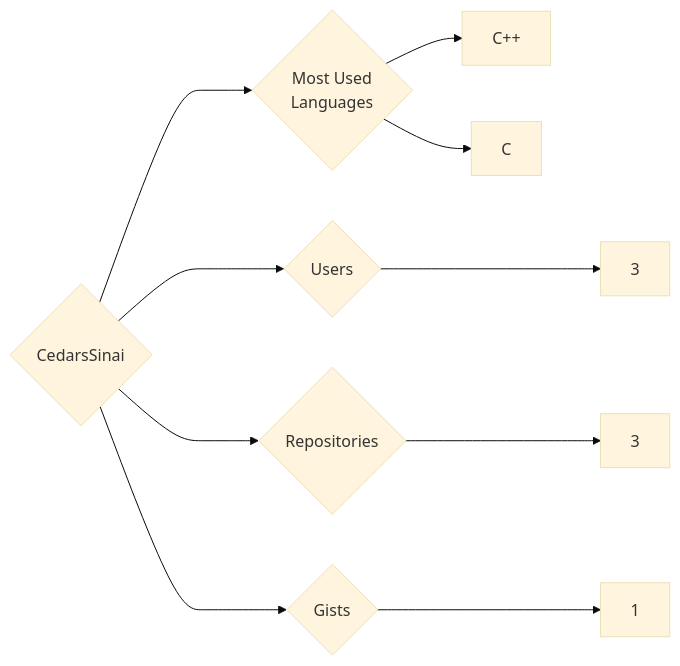
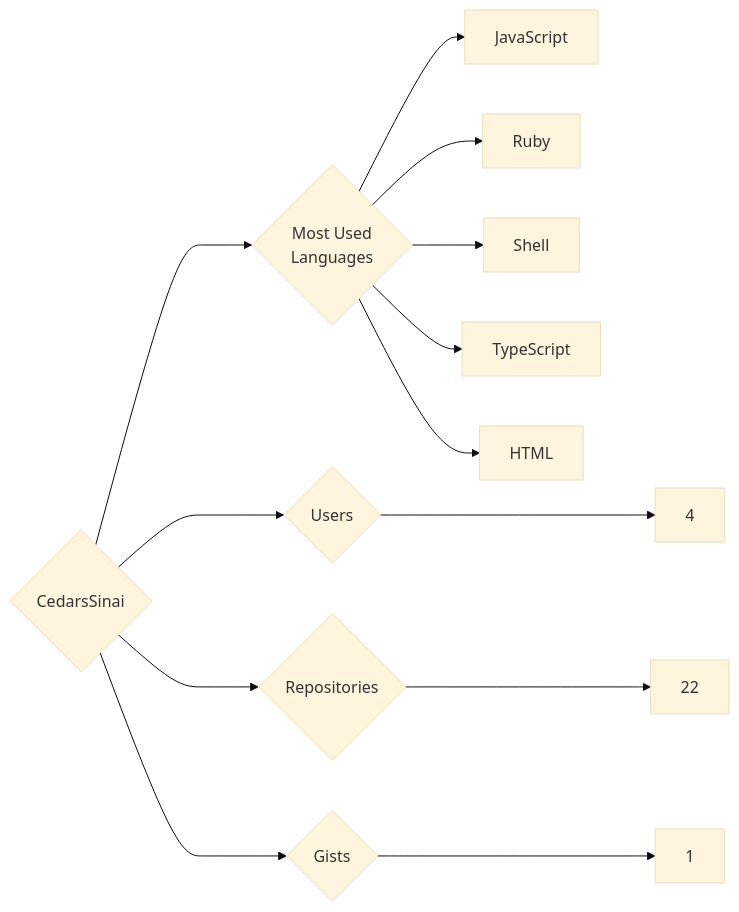
The diagram in targets/CedarsSinai/README.md (trickest/insiders), drawn with Mermaid (base theme) before and after one commit. The commit also changed 988 other files, not shown here.

````diff
--- a/targets/CedarsSinai/README.md
+++ b/targets/CedarsSinai/README.md
@@ -3,10 +3,13 @@
 ```mermaid
 graph LR
 COMPANY_NAME{CedarsSinai}
-COMPANY_NAME ---> U{Users} ---> UN[3]
-COMPANY_NAME ---> R{Repositories} ---> RN[3]
+COMPANY_NAME ---> U{Users} ---> UN[4]
+COMPANY_NAME ---> R{Repositories} ---> RN[22]
 COMPANY_NAME ---> G{Gists} ---> GN[1]
 COMPANY_NAME ---> ML{Most Used<br>Languages}
-ML --> C++[C++]
-ML --> C[C]
+ML --> JavaScript[JavaScript]
+ML --> Ruby[Ruby]
+ML --> Shell[Shell]
+ML --> TypeScript[TypeScript]
+ML --> HTML[HTML]
 ```
````
